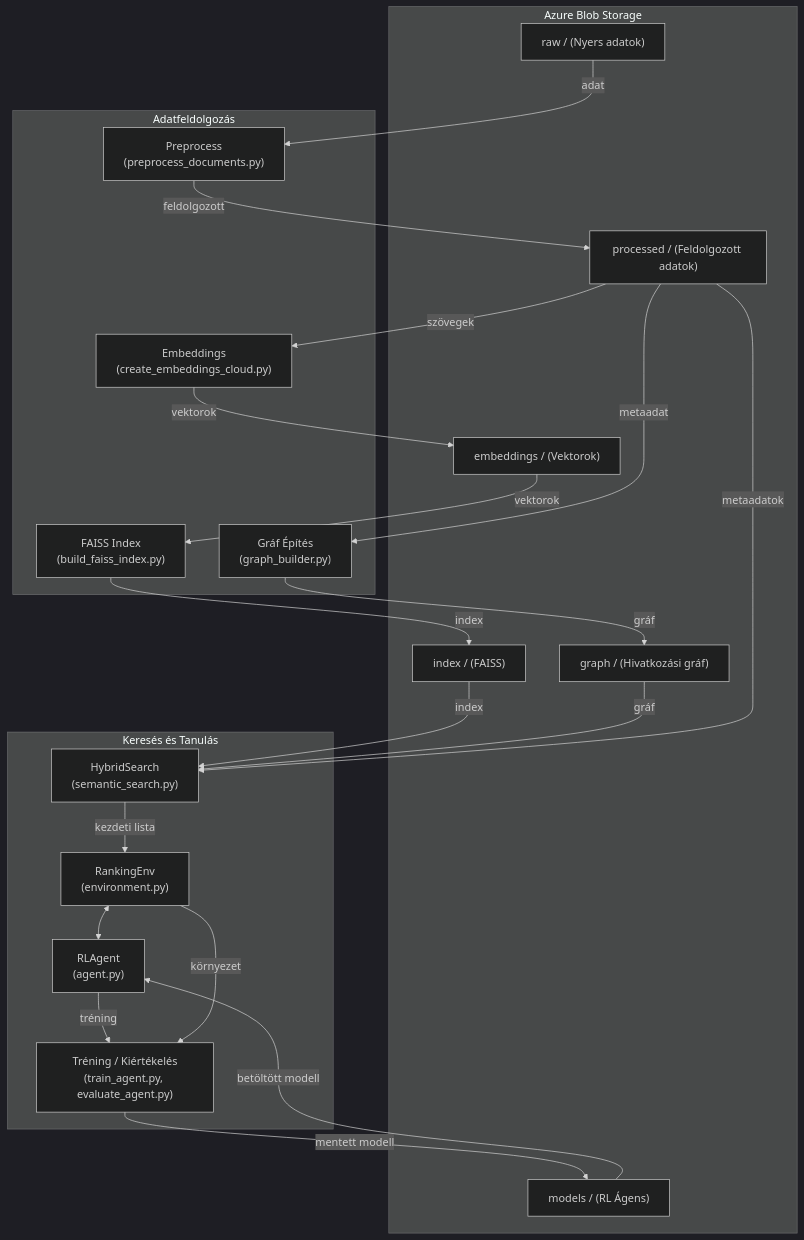
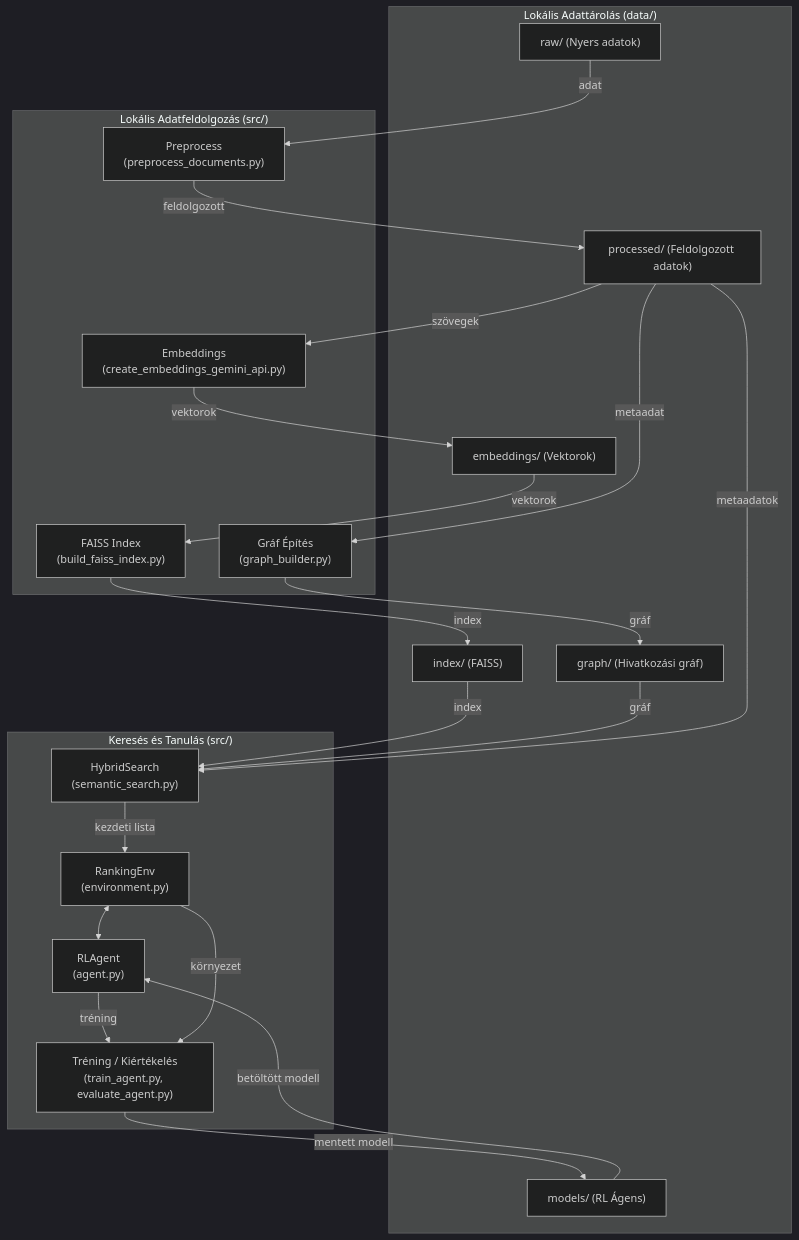
Before and after one commit to ZeleMate/Szakdolgozat: the diagram in README.md, drawn with Mermaid (dark theme). The commit also changed other lines of this file and 10 other files, not shown here.

Commit message:
refactor: Azure logika eltávolítása és lokális feldolgozás egyszerűsítése

````diff
--- a/README.md
+++ b/README.md
@@ -17,41 +17,41 @@
 ```mermaid
 graph TD
-    subgraph Adatfeldolgozás
+    subgraph "Lokális Adatfeldolgozás (src/)"
         P1["Preprocess<br>(preprocess_documents.py)"]
-        P2["Embeddings<br>(create_embeddings_cloud.py)"]
+        P2["Embeddings<br>(create_embeddings_gemini_api.py)"]
         P3["FAISS Index<br>(build_faiss_index.py)"]
         P4["Gráf Építés<br>(graph_builder.py)"]
     end
 
-    subgraph "Azure Blob Storage"
-        A["raw / (Nyers adatok)"]
-        B["processed / (Feldolgozott adatok)"]
-        C["embeddings / (Vektorok)"]
-        D["index / (FAISS)"]
-        E["graph / (Hivatkozási gráf)"]
-        F["models / (RL Ágens)"]
+    subgraph "Lokális Adattárolás (data/)"
+        A["raw/ (Nyers adatok)"]
+        B["processed/ (Feldolgozott adatok)"]
+        C["embeddings/ (Vektorok)"]
+        D["index/ (FAISS)"]
+        E["graph/ (Hivatkozási gráf)"]
+        F["models/ (RL Ágens)"]
     end
 
-    subgraph "Keresés és Tanulás"
+    subgraph "Keresés és Tanulás (src/)"
         S1["HybridSearch<br>(semantic_search.py)"]
         S2["RankingEnv<br>(environment.py)"]
         S3["RLAgent<br>(agent.py)"]
         S4["Tréning / Kiértékelés<br>(train_agent.py, evaluate_agent.py)"]
     end
 
     A -- "adat" --> P1 -- "feldolgozott" --> B
     B -- "szövegek" --> P2 -- "vektorok" --> C
     C -- "vektorok" --> P3 -- "index" --> D
     B -- "metaadat" --> P4 -- "gráf" --> E
 
     D -- "index" --> S1
     E -- "gráf" --> S1
     B -- "metaadatok" --> S1
 
     S1 -- "kezdeti lista" --> S2
     S2 <--> S3
     S3 -- "tréning" --> S4
     S2 -- "környezet" --> S4
     S4 -- "mentett modell" --> F
     F -- "betöltött modell" --> S3
 ```
````
